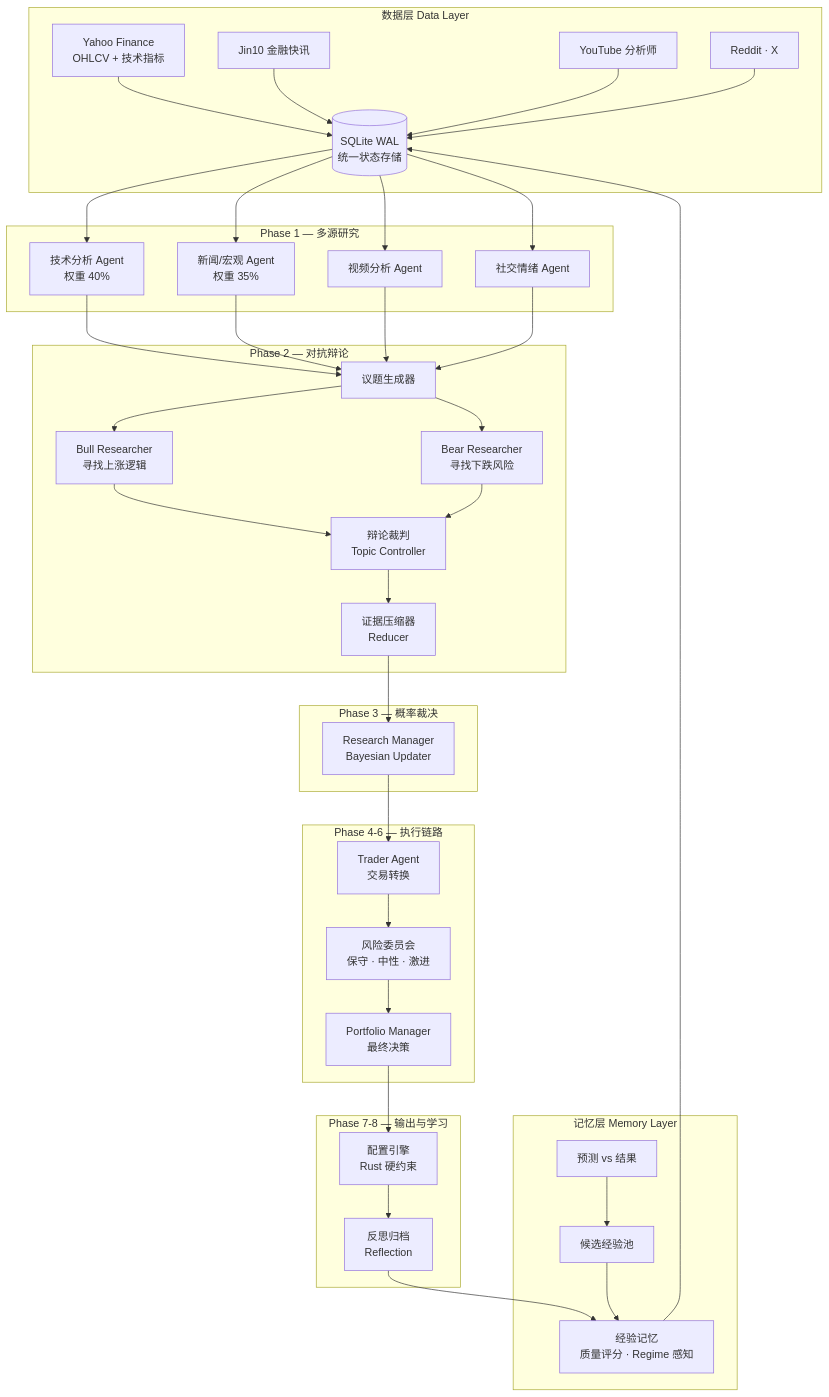
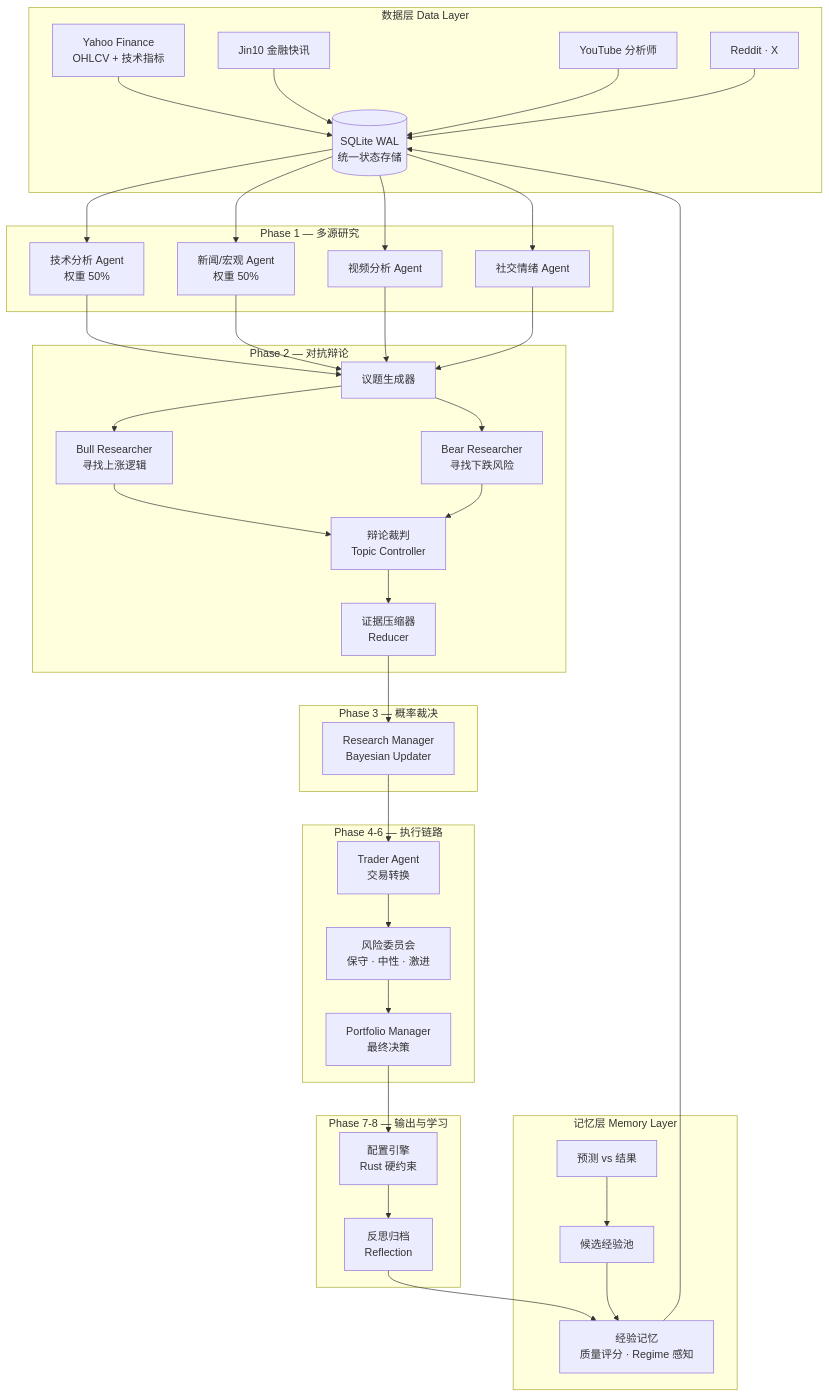
One commit to alixeu/akzio-signal-intelligence changed the diagram in README.md. Above: the diagram before and after it, drawn with Mermaid. The commit also changed other lines of this file and 49 other files, not shown here.

````diff
--- a/README.md
+++ b/README.md
@@ -82,63 +82,63 @@
 ```mermaid
 graph TD
     subgraph "数据层 Data Layer"
         YAHOO[Yahoo Finance<br/>OHLCV + 技术指标]
         JIN10[Jin10 金融快讯]
         YT[YouTube 分析师]
         SOCIAL[Reddit · X]
         SQL[(SQLite WAL<br/>统一状态存储)]
     end
 
     subgraph "Phase 1 — 多源研究"
-        TA[技术分析 Agent<br/>权重 40%]
-        NA[新闻/宏观 Agent<br/>权重 35%]
+        TA[技术分析 Agent<br/>权重 50%]
+        NA[新闻/宏观 Agent<br/>权重 50%]
         YA[视频分析 Agent]
         SA[社交情绪 Agent]
     end
 
     subgraph "Phase 2 — 对抗辩论"
         TG[议题生成器]
         BULL[Bull Researcher<br/>寻找上涨逻辑]
         BEAR[Bear Researcher<br/>寻找下跌风险]
         TC[辩论裁判<br/>Topic Controller]
         RED[证据压缩器<br/>Reducer]
     end
 
     subgraph "Phase 3 — 概率裁决"
         RM[Research Manager<br/>Bayesian Updater]
     end
 
     subgraph "Phase 4-6 — 执行链路"
         TR[Trader Agent<br/>交易转换]
         RISK[风险委员会<br/>保守 · 中性 · 激进]
         PM[Portfolio Manager<br/>最终决策]
     end
 
     subgraph "Phase 7-8 — 输出与学习"
         ALLOC[配置引擎<br/>Rust 硬约束]
         REF[反思归档<br/>Reflection]
     end
 
     subgraph "记忆层 Memory Layer"
         MEM[经验记忆<br/>质量评分 · Regime 感知]
         CAND[候选经验池]
         OUT[预测 vs 结果]
     end
 
     YAHOO & JIN10 & YT & SOCIAL --> SQL
     SQL --> TA & NA & YA & SA
     TA & NA & YA & SA --> TG
     TG --> BULL & BEAR
     BULL & BEAR --> TC
     TC --> RED
     RED --> RM
     RM --> TR
     TR --> RISK
     RISK --> PM
     PM --> ALLOC
     ALLOC --> REF
     REF --> MEM
     OUT --> CAND
     CAND --> MEM
     MEM --> SQL
 ```
````
